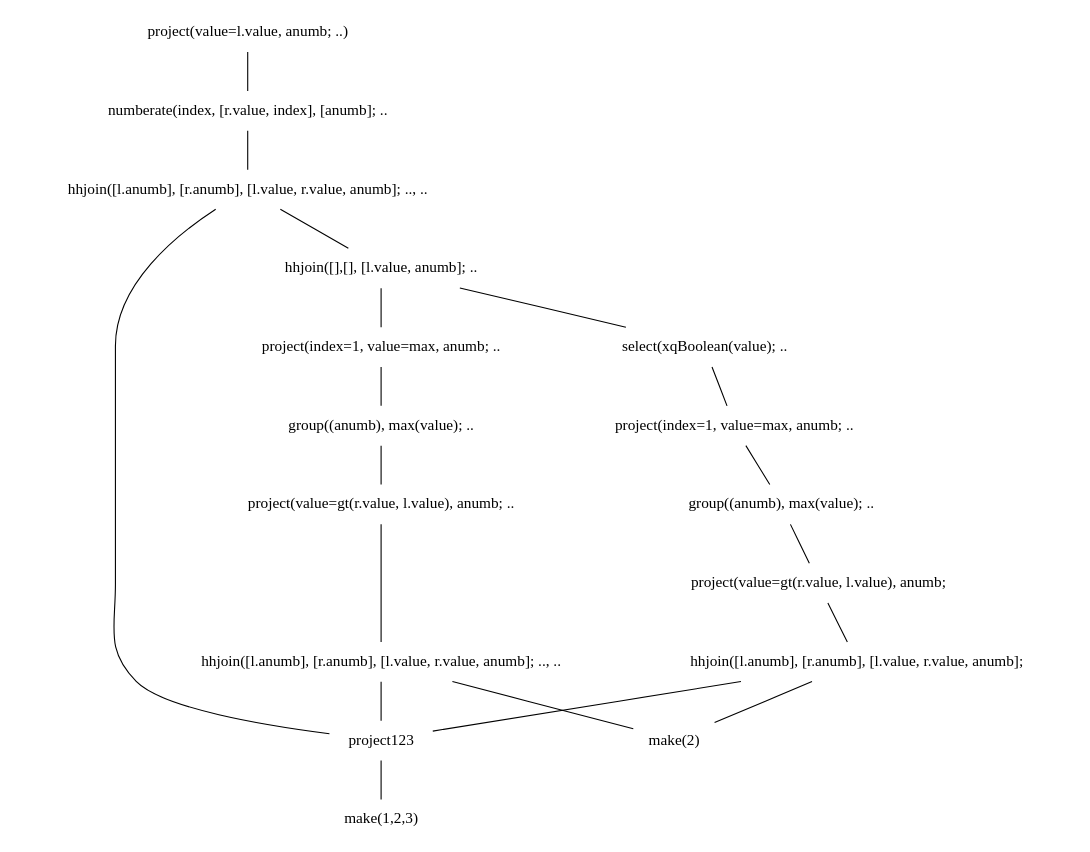
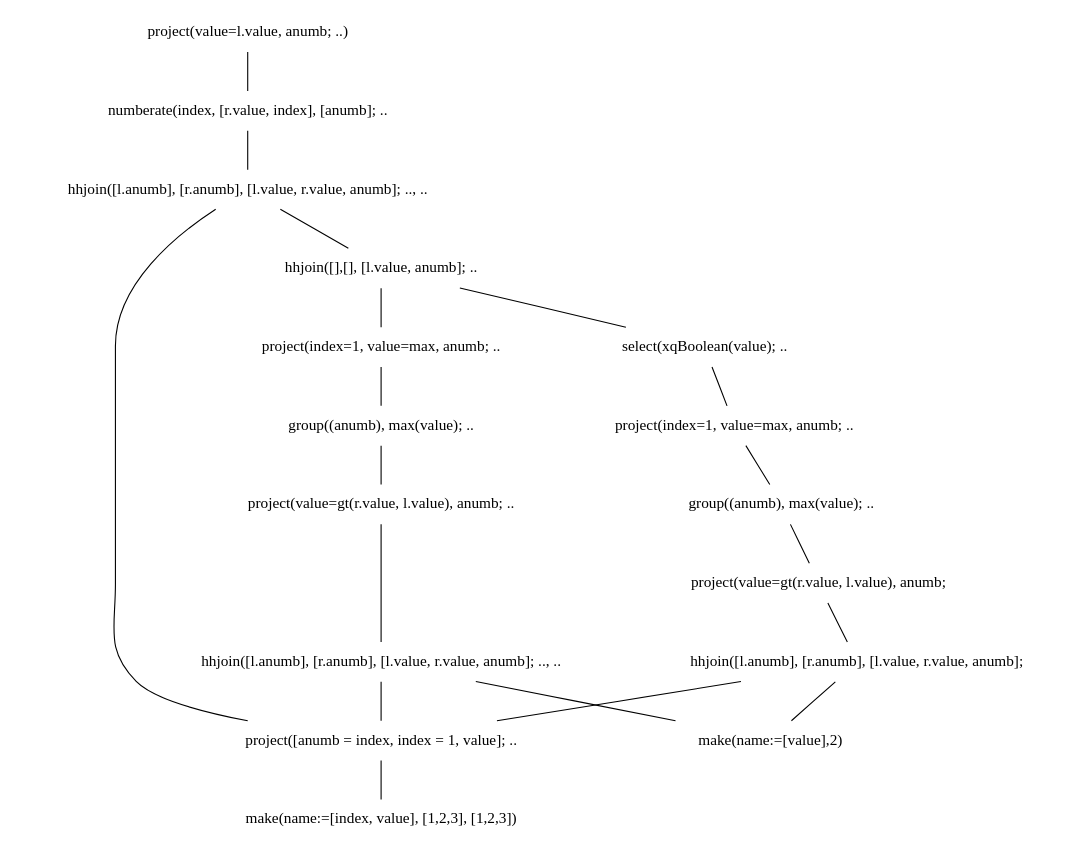
The diagram in doc/graph_src/ext_flwor.dot (andrerav/xqft-parser), drawn with Graphviz before and after one commit. The commit also changed 1 other file, not shown here.

```diff
--- a/doc/graph_src/ext_flwor.dot
+++ b/doc/graph_src/ext_flwor.dot
@@ -1,44 +1,44 @@
 digraph AST {
 edge [color=black, dir=both, weight=1, fontcolor=black, fontname=Helvetica, arrowhead=none,arrowtail=none]
 node [shape=plaintext]
 
 // DAGifying nodes
 project123->make123;
-make123 [label="make(1,2,3)"];
-make2 [label="make(2)"];
+make123 [label="make(name:=[index, value], [1,2,3], [1,2,3])"];
+make2 [label="make(name:=[value],2)"];
+project123 [label="project([anumb = index, index = 1, value]; .."];
 
 // Ordinary nodes
 project1 [label="project(value=l.value, anumb; ..)"];
 numberate1 [label="numberate(index, [r.value, index], [anumb]; .."];
 hhjoin1 [label="hhjoin([l.anumb], [r.anumb], [l.value, r.value, anumb]; .., .."];
 hhjoin2 [label="hhjoin([],[], [l.value, anumb]; .."];
 project2 [label="project(index=1, value=max, anumb; .."];
 group1 [label="group((anumb), max(value); .."];
 project3 [label="project(value=gt(r.value, l.value), anumb; .."];
 hhjoin3 [label="hhjoin([l.anumb], [r.anumb], [l.value, r.value, anumb]; .., .."];
 
 select1 [label="select(xqBoolean(value); .."];
 project4 [label="project(index=1, value=max, anumb; .."];
 group2 [label="group((anumb), max(value); .."];
 project5 [label="project(value=gt(r.value, l.value), anumb;"];
 hhjoin4 [label=" hhjoin([l.anumb], [r.anumb], [l.value, r.value, anumb];"];
 
-
 project1->numberate1;
   numberate1->hhjoin1;
     hhjoin1->hhjoin2;
       hhjoin2->project2;
         project2->group1;
           group1->project3;
             project3->hhjoin3;
                hhjoin3-> project123;
                hhjoin3->make2;
       hhjoin2->select1;
         select1->project4;
           project4->group2;
             group2->project5;
               project5->hhjoin4;
                 hhjoin4->project123;
                 hhjoin4->make2;
-    hhjoin1->project123;               
+    hhjoin1->project123;
 }
```
